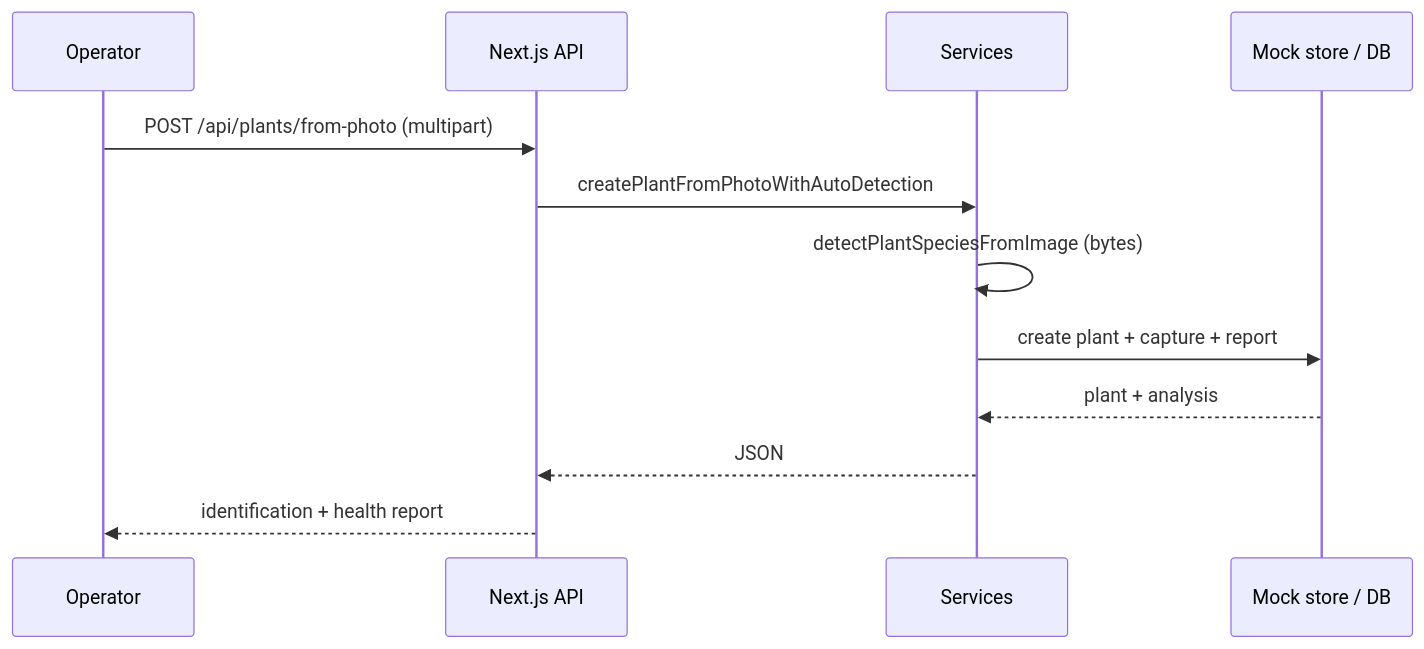
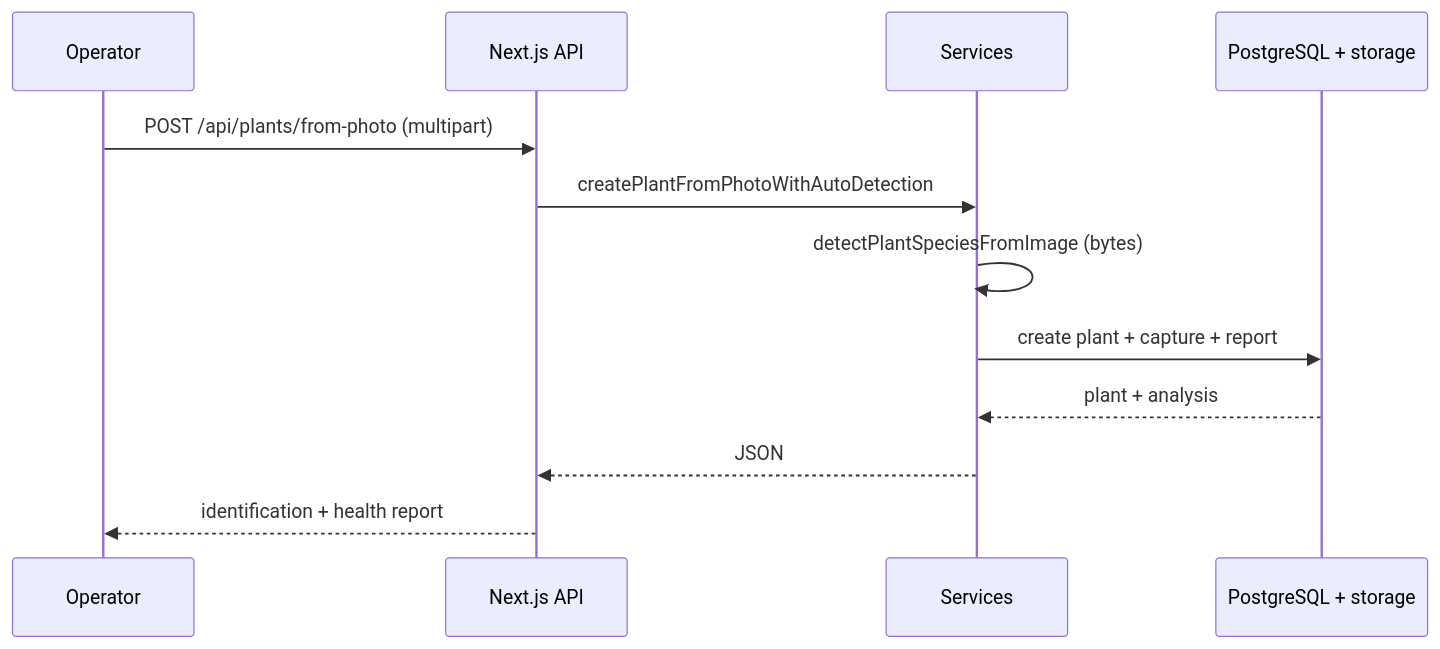
One commit to Agri-Home/agrihome changed the second of 2 diagrams in docs/diagrams/02-integration.md. Above: the diagram before and after it, drawn with Mermaid. The commit also changed other lines of this file and 33 other files, not shown here.

````diff
--- a/docs/diagrams/02-integration.md
+++ b/docs/diagrams/02-integration.md
@@ -46,15 +46,15 @@
 ```mermaid
 sequenceDiagram
   participant O as Operator
   participant N as Next.js API
   participant S as Services
-  participant M as Mock store / DB
+  participant DB as PostgreSQL + storage
 
   O->>N: POST /api/plants/from-photo (multipart)
   N->>S: createPlantFromPhotoWithAutoDetection
   S->>S: detectPlantSpeciesFromImage (bytes)
-  S->>M: create plant + capture + report
-  M-->>S: plant + analysis
+  S->>DB: create plant + capture + report
+  DB-->>S: plant + analysis
   S-->>N: JSON
   N-->>O: identification + health report
 ```
````
